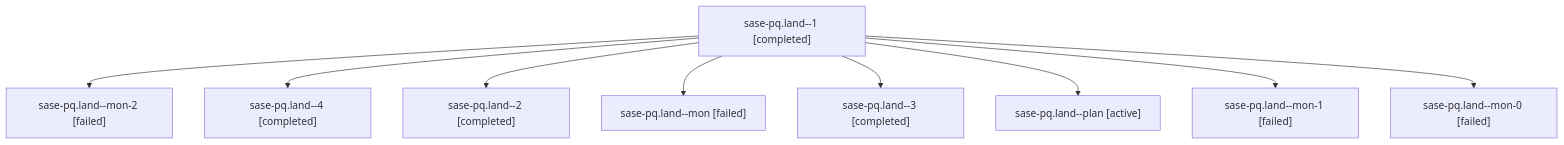
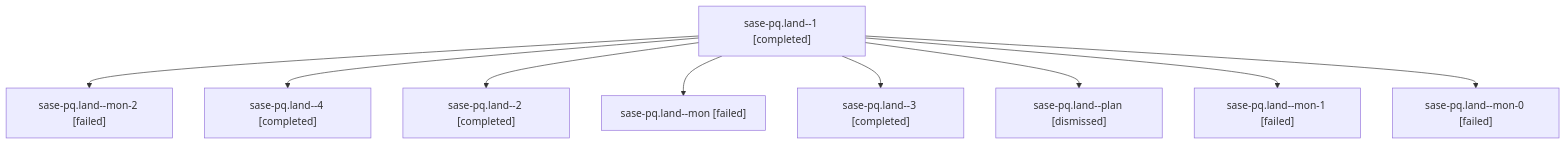
Before and after one commit to sase-org/sase--agents: the diagram in sessions/bbugyi200.athena.sase-pq.land.md, drawn with Mermaid. The commit also changed other lines of this file and 133 other files, not shown here.

````diff
--- a/sessions/bbugyi200.athena.sase-pq.land.md
+++ b/sessions/bbugyi200.athena.sase-pq.land.md
@@ -9,20 +9,20 @@
 ```mermaid
 flowchart TD
   n0["sase-pq.land--1 [completed]"]
   n1["sase-pq.land--mon-2 [failed]"]
   n0 --> n1
   n2["sase-pq.land--4 [completed]"]
   n0 --> n2
   n3["sase-pq.land--2 [completed]"]
   n0 --> n3
   n4["sase-pq.land--mon [failed]"]
   n0 --> n4
   n5["sase-pq.land--3 [completed]"]
   n0 --> n5
-  n6["sase-pq.land--plan [active]"]
+  n6["sase-pq.land--plan [dismissed]"]
   n0 --> n6
   n7["sase-pq.land--mon-1 [failed]"]
   n0 --> n7
   n8["sase-pq.land--mon-0 [failed]"]
   n0 --> n8
 ```
````
